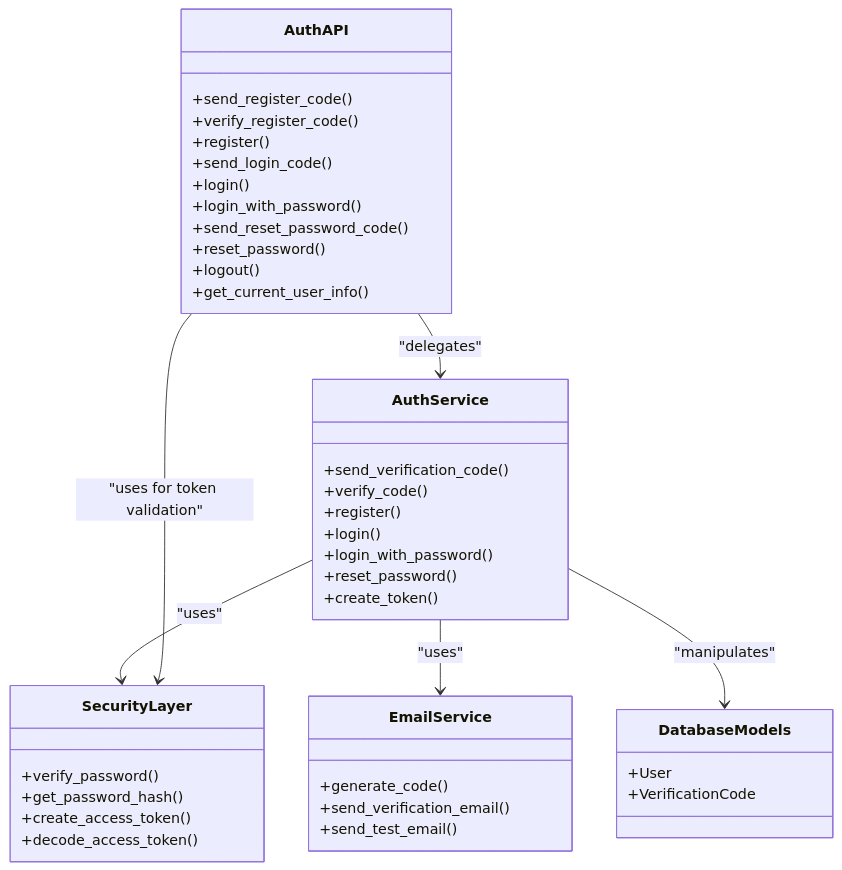
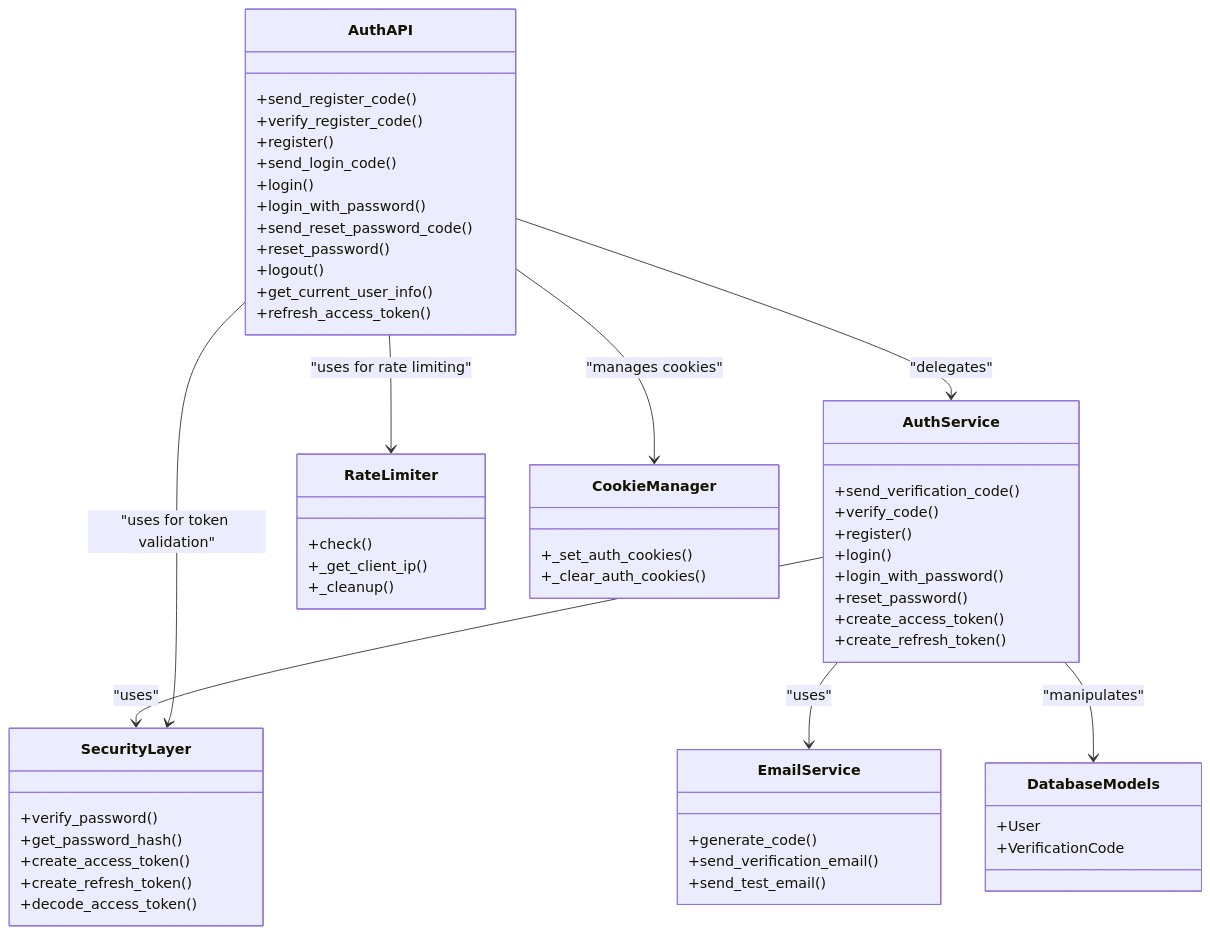
The third of 4 diagrams in .qoder/repowiki/en/content/Backend System/API Endpoints Reference/Authentication Endpoints.md (rainRise/aidiary), drawn with Mermaid before and after one commit. The commit also changed other lines of this file and 21 other files, not shown here.

````diff
--- a/.qoder/repowiki/en/content/Backend System/API Endpoints Reference/Authentication Endpoints.md
+++ b/.qoder/repowiki/en/content/Backend System/API Endpoints Reference/Authentication Endpoints.md
@@ -446,44 +667,58 @@
 ```mermaid
 classDiagram
 class AuthAPI {
 +send_register_code()
 +verify_register_code()
 +register()
 +send_login_code()
 +login()
 +login_with_password()
 +send_reset_password_code()
 +reset_password()
 +logout()
 +get_current_user_info()
++refresh_access_token()
 }
 class AuthService {
 +send_verification_code()
 +verify_code()
 +register()
 +login()
 +login_with_password()
 +reset_password()
-+create_token()
++create_access_token()
++create_refresh_token()
 }
 class SecurityLayer {
 +verify_password()
 +get_password_hash()
 +create_access_token()
++create_refresh_token()
 +decode_access_token()
+}
+class RateLimiter {
++check()
++_get_client_ip()
++_cleanup()
 }
 class EmailService {
 +generate_code()
 +send_verification_email()
 +send_test_email()
 }
 class DatabaseModels {
 +User
 +VerificationCode
 }
+class CookieManager {
++_set_auth_cookies()
++_clear_auth_cookies()
+}
 AuthAPI --> AuthService : "delegates"
 AuthService --> SecurityLayer : "uses"
 AuthService --> EmailService : "uses"
 AuthService --> DatabaseModels : "manipulates"
 AuthAPI --> SecurityLayer : "uses for token validation"
+AuthAPI --> CookieManager : "manages cookies"
+AuthAPI --> RateLimiter : "uses for rate limiting"
 ```
````
